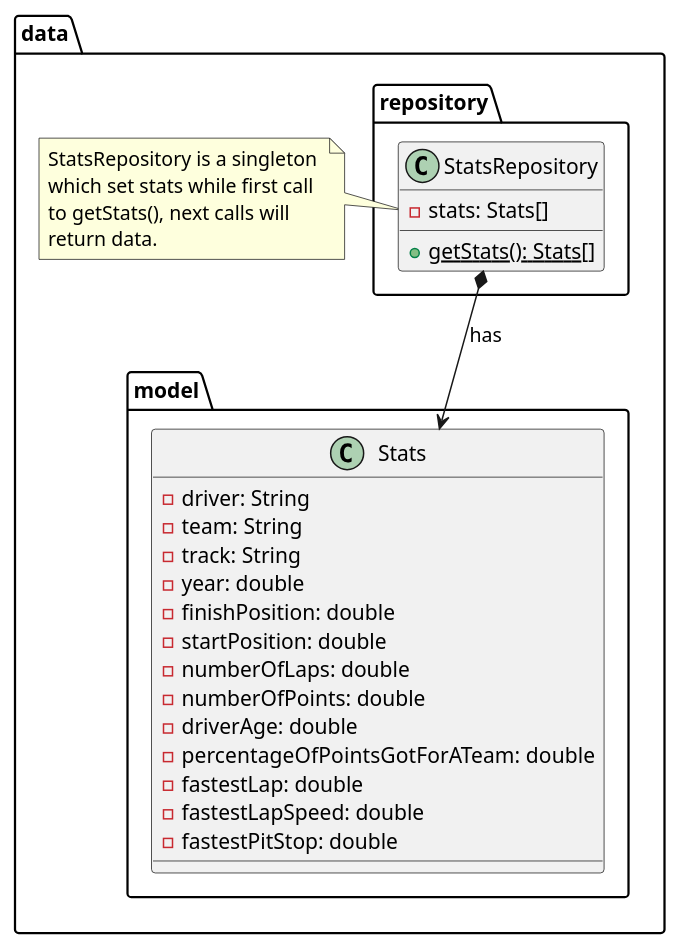
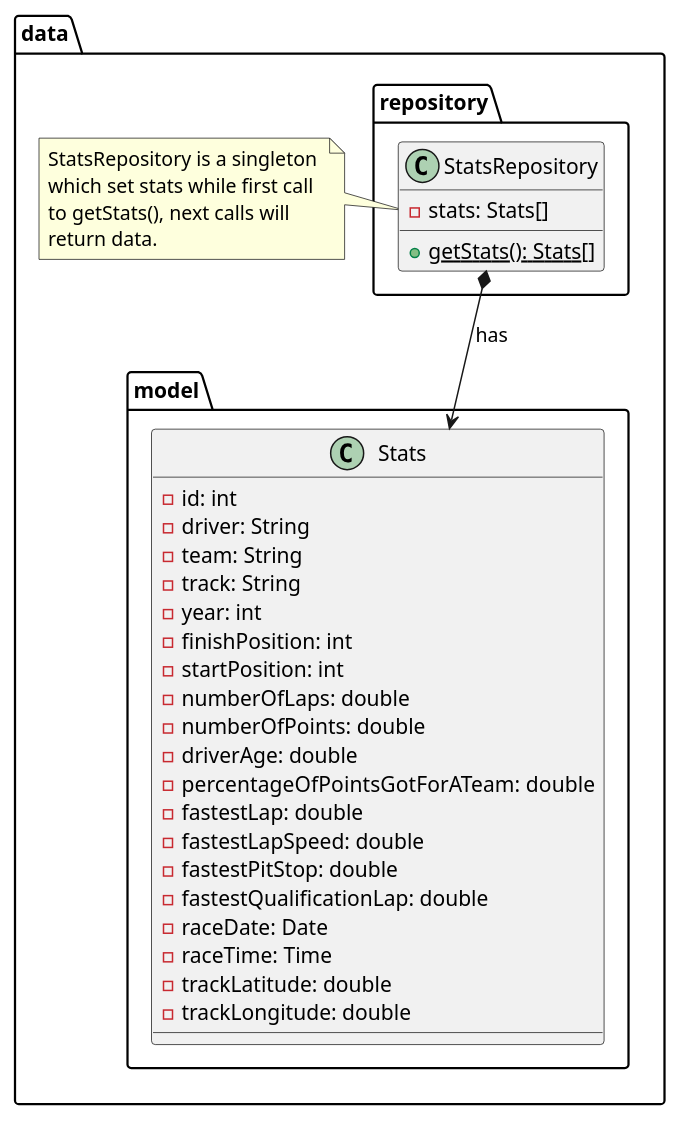
One commit to kambed/Computer-Recognition-Systems changed the second of 3 diagrams in task2/README.md. Above: the diagram before and after it, drawn with PlantUML.

Commit message:
Update model attributes

````diff
--- a/task2/README.md
+++ b/task2/README.md
@@ -12,35 +12,41 @@
 ```plantuml
 package data {
     package model {
         class Stats {
+            - id: int
             - driver: String
             - team: String
             - track: String
-            - year: double
-            - finishPosition: double
-            - startPosition: double
+            - year: int
+            - finishPosition: int
+            - startPosition: int
             - numberOfLaps: double
             - numberOfPoints: double
             - driverAge: double
             - percentageOfPointsGotForATeam: double
             - fastestLap: double
             - fastestLapSpeed: double
             - fastestPitStop: double
+            - fastestQualificationLap: double
+            - raceDate: Date
+            - raceTime: Time
+            - trackLatitude: double
+            - trackLongitude: double
         }
     }
     package repository {
         class StatsRepository {
             - stats: Stats[]
             + {static} getStats(): Stats[]
         }
         StatsRepository *--> Stats: has
     }
 
     note left of StatsRepository::stats
         StatsRepository is a singleton 
         which set stats while first call 
         to getStats(), next calls will
         return data.
     end note
 }
 ```
````
